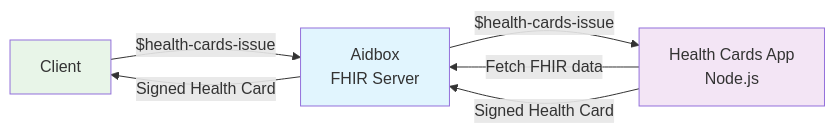
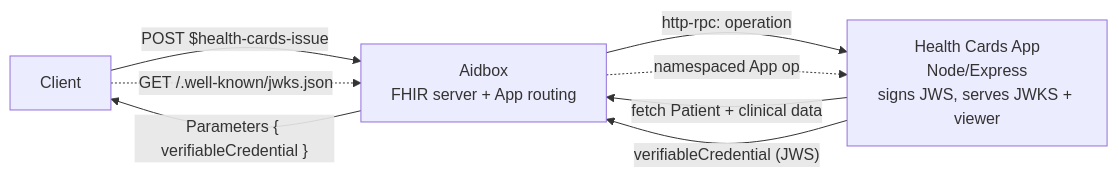
The first of 4 diagrams in aidbox-custom-operations/aidbox-health-card-issue/README.md (Aidbox/examples), drawn with Mermaid before and after one commit. The commit also changed other lines of this file and 19 other files, not shown here.

First line of the commit message:
aidbox-health-card-issue: spec-conformant SMART Health Cards + QR/file/viewer

````diff
--- a/aidbox-custom-operations/aidbox-health-card-issue/README.md
+++ b/aidbox-custom-operations/aidbox-health-card-issue/README.md
@@ -15,17 +14,14 @@
 ```mermaid
 flowchart LR
-    Client[Client]
-    Aidbox[Aidbox<br/>FHIR Server]
-    App[Health Cards App<br/>Node.js]
+    Client["Client"]
+    Aidbox["Aidbox<br/>FHIR server + App routing"]
+    App["Health Cards App<br/>Node/Express<br/>signs JWS, serves JWKS + viewer"]
 
-    Client -->|$health-cards-issue| Aidbox
-    Aidbox -->|$health-cards-issue| App
-    App -->|Fetch FHIR data| Aidbox
-    App -->|Signed Health Card| Aidbox
-    Aidbox -->|Signed Health Card| Client
-
-
-    style Aidbox fill:#e1f5fe
-    style App fill:#f3e5f5
-    style Client fill:#e8f5e8
+    Client -->|"POST $health-cards-issue"| Aidbox
+    Aidbox -->|"http-rpc: operation"| App
+    App -->|"fetch Patient + clinical data"| Aidbox
+    App -->|"verifiableCredential (JWS)"| Aidbox
+    Aidbox -->|"Parameters { verifiableCredential }"| Client
+    Client -.->|"GET <iss>/.well-known/jwks.json"| Aidbox
+    Aidbox -.->|"namespaced App op"| App
 ```
````
